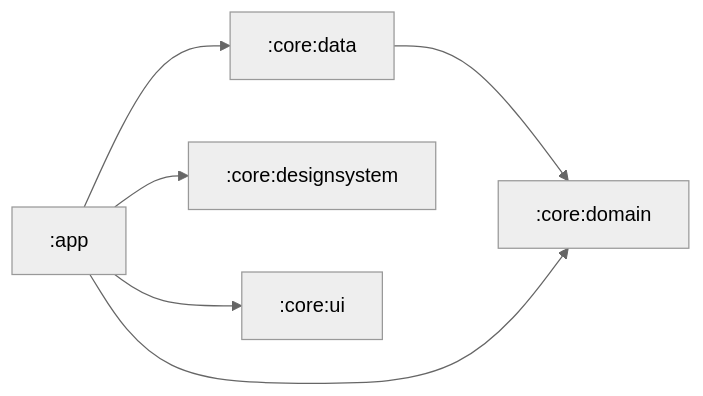
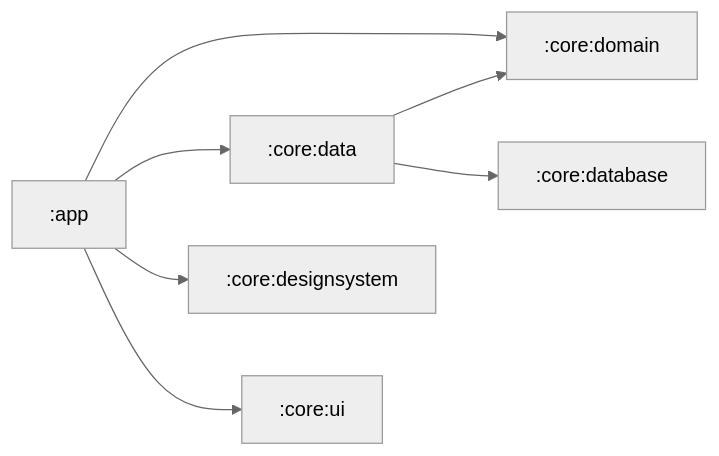
Before and after one commit to farzadazimipour/custorix-android: the diagram in README.md, drawn with Mermaid. The commit also changed 5 other files, not shown here.

Commit message:
Added :core:database module

````diff
--- a/README.md
+++ b/README.md
@@ -23,14 +23,15 @@
 ```mermaid
 %%{
   init: {
     'theme': 'neutral'
   }
 }%%
 
 graph LR
   :core:data --> :core:domain
+  :core:data --> :core:database
   :app --> :core:domain
   :app --> :core:data
   :app --> :core:designsystem
   :app --> :core:ui
 ```
````
